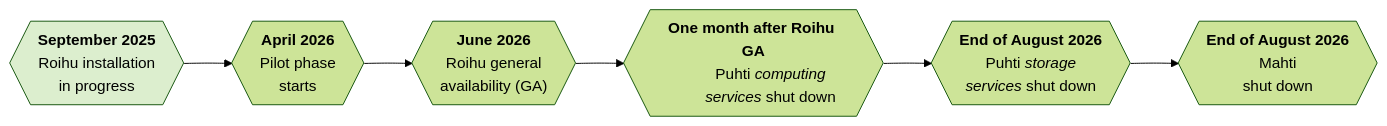
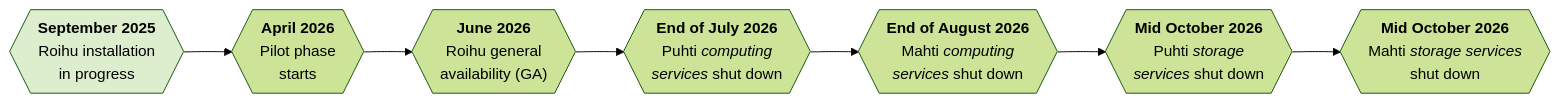
The diagram in docs/computing/systems-roihu.md (CSCfi/csc-user-guide), drawn with Mermaid (forest theme) before and after one commit. The commit also changed other lines of this file and 9 other files, not shown here.

````diff
--- a/docs/computing/systems-roihu.md
+++ b/docs/computing/systems-roihu.md
@@ -11,22 +11,25 @@
 ```mermaid
 graph LR;
     A{{"<b>September 2025</b>
         Roihu installation
         in progress"}} --> B;
     B{{"<b>April 2026</b>
         Pilot phase
         starts"}} --> C;
     C{{"<b>June 2026</b>
         Roihu general
         availability (GA)"}} --> D;
-    D{{"<b>One month after Roihu GA</b>
+    D{{"<b>End of July 2026</b>
         Puhti <i>computing
         services</i> shut down"}} --> E;
     E{{"<b>End of August 2026</b>
+        Mahti <i>computing
+        services</i> shut down"}} --> F;
+    F{{"<b>Mid October 2026</b>
         Puhti <i>storage
-        services</i> shut down"}} --> F;
-    F{{"<b>End of August 2026</b>
-        Mahti
+        services</i> shut down"}} --> G;
+    G{{"<b>Mid October 2026</b>
+        Mahti <i>storage services</i>
         shut down"}}
     style A fill:#dceeceff;
 ```
````
